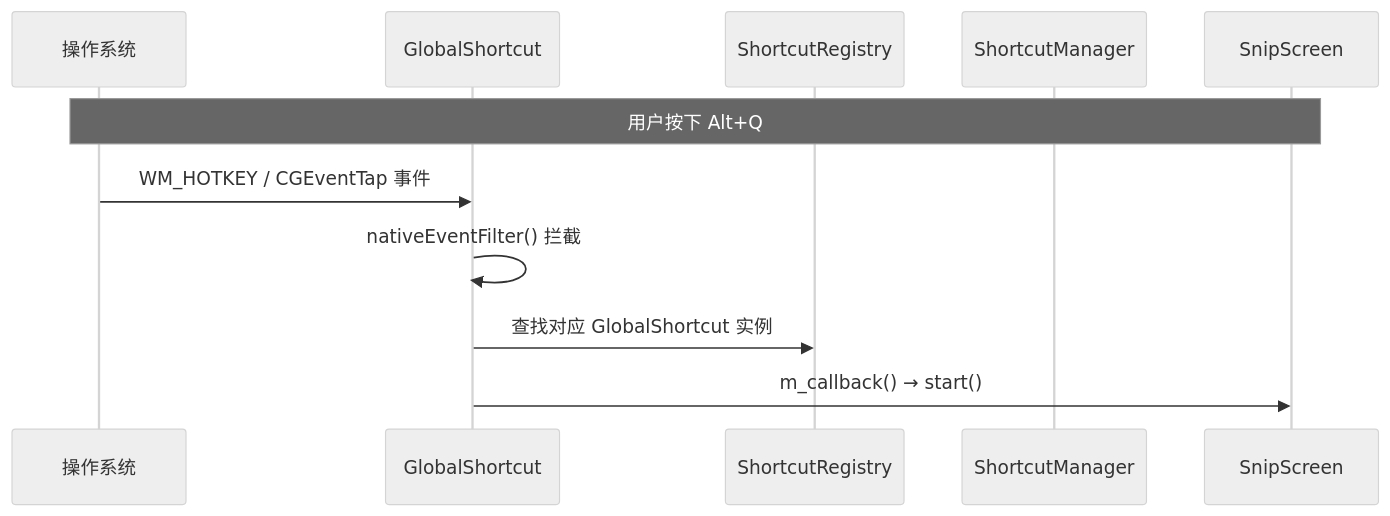
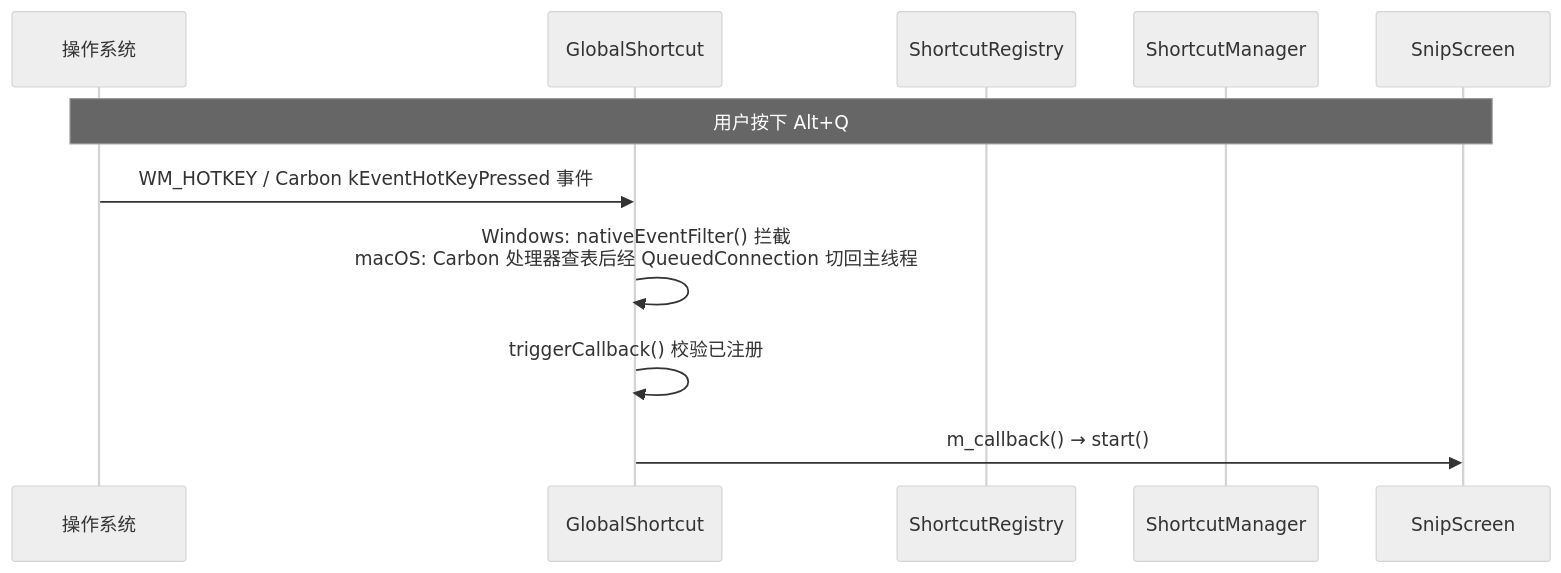
One commit to ChiangyangNPU/quick-shot changed the third of 9 diagrams in docs/shortcuts.md. Above: the diagram before and after it, drawn with Mermaid (neutral theme). The commit also changed other lines of this file and 5 other files, not shown here.

````diff
--- a/docs/shortcuts.md
+++ b/docs/shortcuts.md
@@ -443,14 +443,14 @@
 ```mermaid
 sequenceDiagram
     participant OS as 操作系统
     participant GS as GlobalShortcut
     participant SR as ShortcutRegistry
     participant SM as ShortcutManager
     participant SS as SnipScreen
 
     Note over OS,SS: 用户按下 Alt+Q
-    OS->>GS: WM_HOTKEY / CGEventTap 事件
-    GS->>GS: nativeEventFilter() 拦截
-    GS->>SR: 查找对应 GlobalShortcut 实例
+    OS->>GS: WM_HOTKEY / Carbon kEventHotKeyPressed 事件
+    GS->>GS: Windows: nativeEventFilter() 拦截<br/>macOS: Carbon 处理器查表后经 QueuedConnection 切回主线程
+    GS->>GS: triggerCallback() 校验已注册
     GS->>SS: m_callback() → start()
 ```
````
